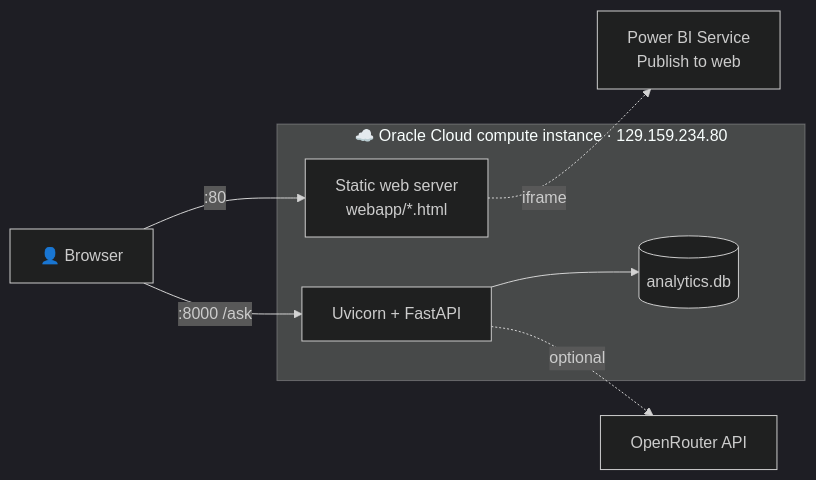
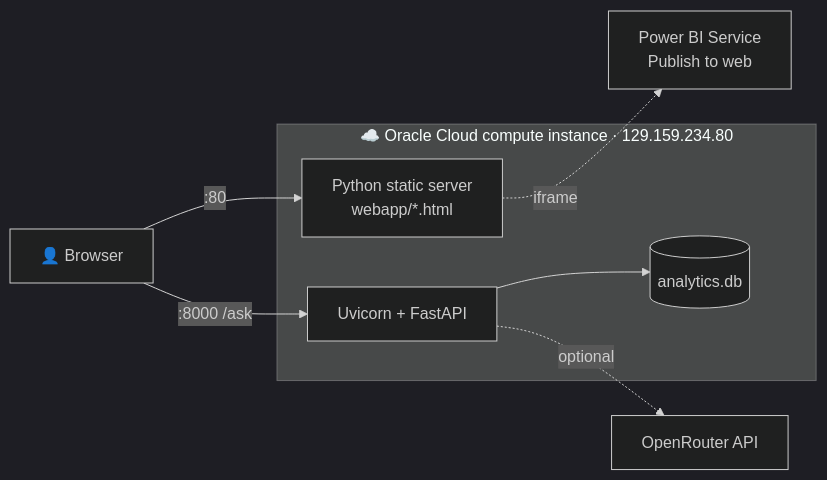
Before and after one commit to Saurabh3719/Datathon: the fourth of 4 diagrams in README.md, drawn with Mermaid (dark theme). The commit also changed other lines of this file, not shown here.

````diff
--- a/README.md
+++ b/README.md
@@ -695,13 +735,13 @@
 ```mermaid
 flowchart LR
-    B["👤 Browser"] -->|":80"| WS["Static web server<br/>webapp/*.html"]
+    B["👤 Browser"] -->|":80"| WS["Python static server<br/>webapp/*.html"]
     WS -.->|"iframe"| PBI["Power BI Service<br/>Publish to web"]
     B -->|":8000 /ask"| UV["Uvicorn + FastAPI"]
     UV --> DB[("analytics.db")]
     UV -. optional .-> OR["OpenRouter API"]
     subgraph OCI["☁️ Oracle Cloud compute instance · 129.159.234.80"]
         WS
         UV
         DB
     end
 ```
````
